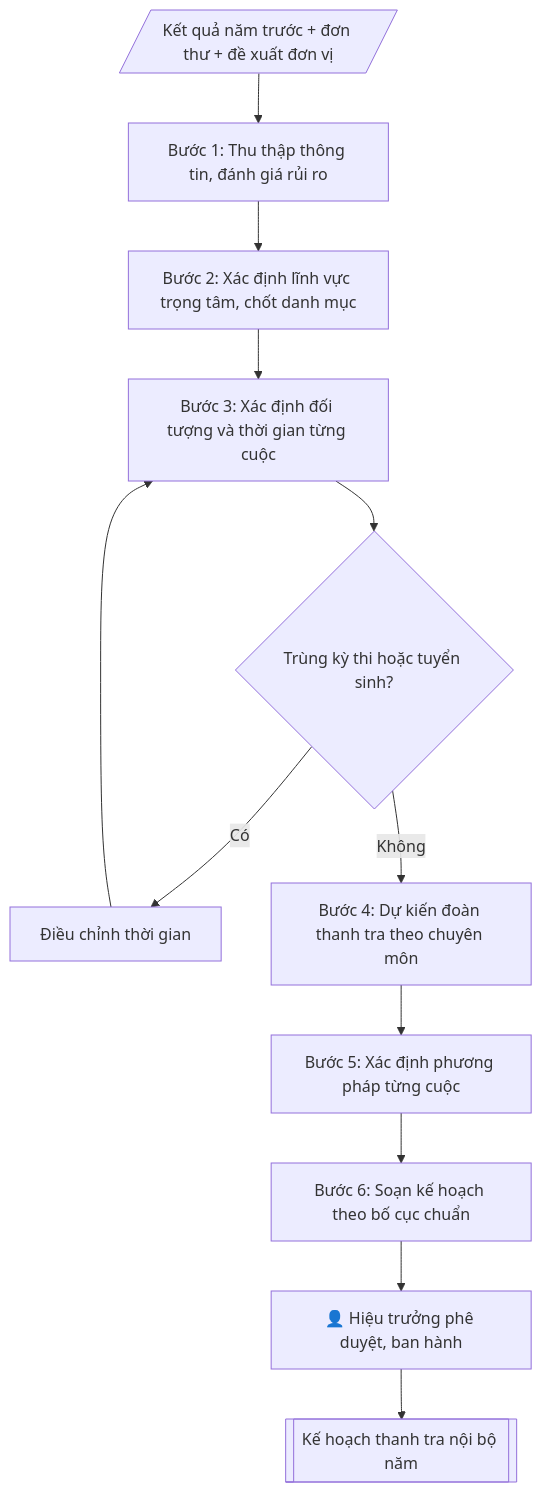
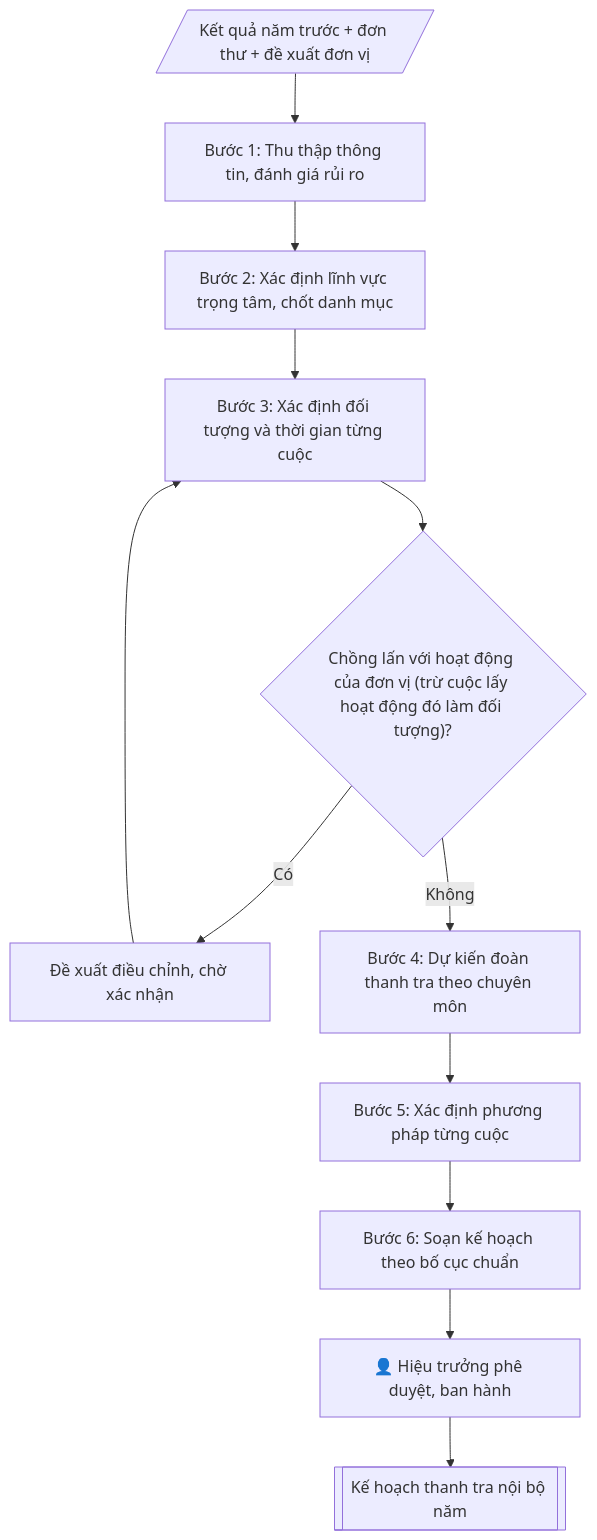
The diagram in skills/ke-hoach-thanh-tra-nam/SKILL.md (phamtruong91/dh-skills), drawn with Mermaid before and after one commit. The commit also changed other lines of this file and 536 other files, not shown here.

````diff
--- a/skills/ke-hoach-thanh-tra-nam/SKILL.md
+++ b/skills/ke-hoach-thanh-tra-nam/SKILL.md
@@ -97,14 +93,14 @@
 ```mermaid
 flowchart TD
     A[/"Kết quả năm trước + đơn thư + đề xuất đơn vị"/] --> B["Bước 1: Thu thập thông tin, đánh giá rủi ro"]
     B --> C["Bước 2: Xác định lĩnh vực trọng tâm, chốt danh mục"]
     C --> D["Bước 3: Xác định đối tượng và thời gian từng cuộc"]
-    D --> E{"Trùng kỳ thi hoặc tuyển sinh?"}
-    E -->|Có| F["Điều chỉnh thời gian"]
+    D --> E{"Chồng lấn với hoạt động của đơn vị (trừ cuộc lấy hoạt động đó làm đối tượng)?"}
+    E -->|Có| F["Đề xuất điều chỉnh, chờ xác nhận"]
     F --> D
     E -->|Không| G["Bước 4: Dự kiến đoàn thanh tra theo chuyên môn"]
     G --> H["Bước 5: Xác định phương pháp từng cuộc"]
     H --> I["Bước 6: Soạn kế hoạch theo bố cục chuẩn"]
     I --> HG["👤 Hiệu trưởng phê duyệt, ban hành"]
     HG --> J[["Kế hoạch thanh tra nội bộ năm"]]
 ```
````
